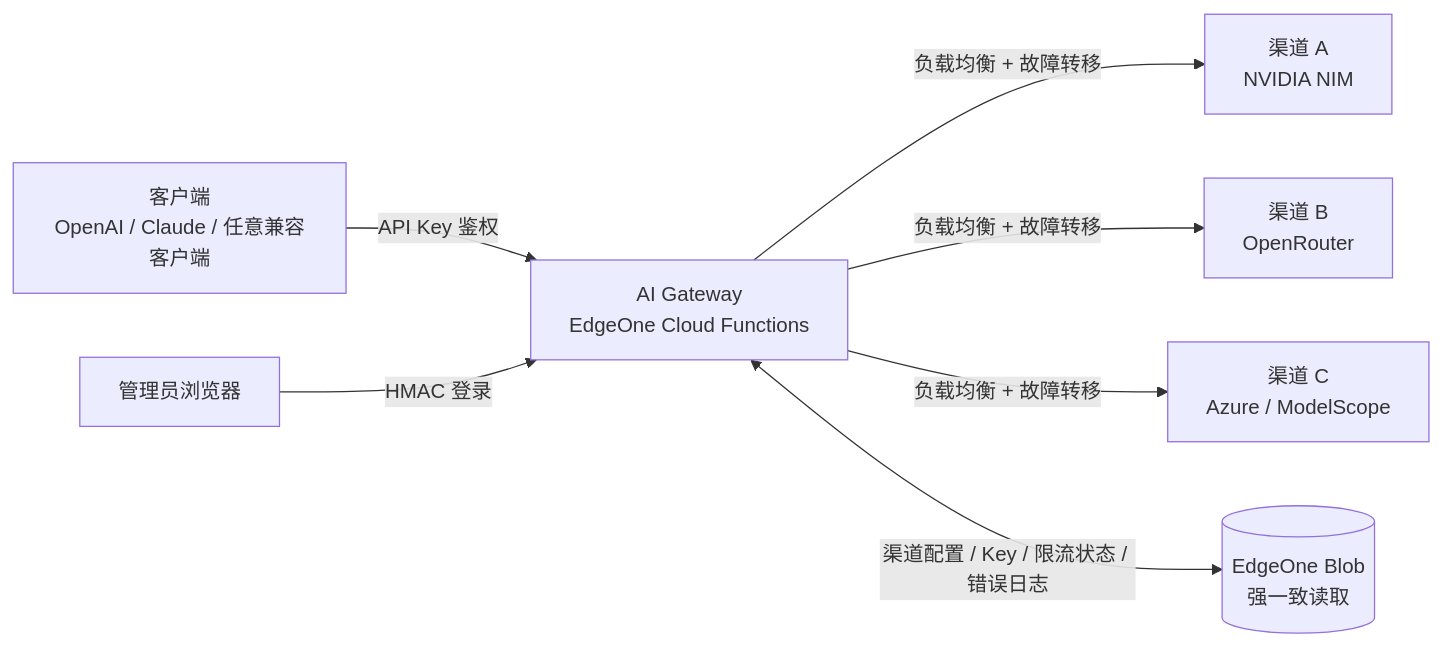
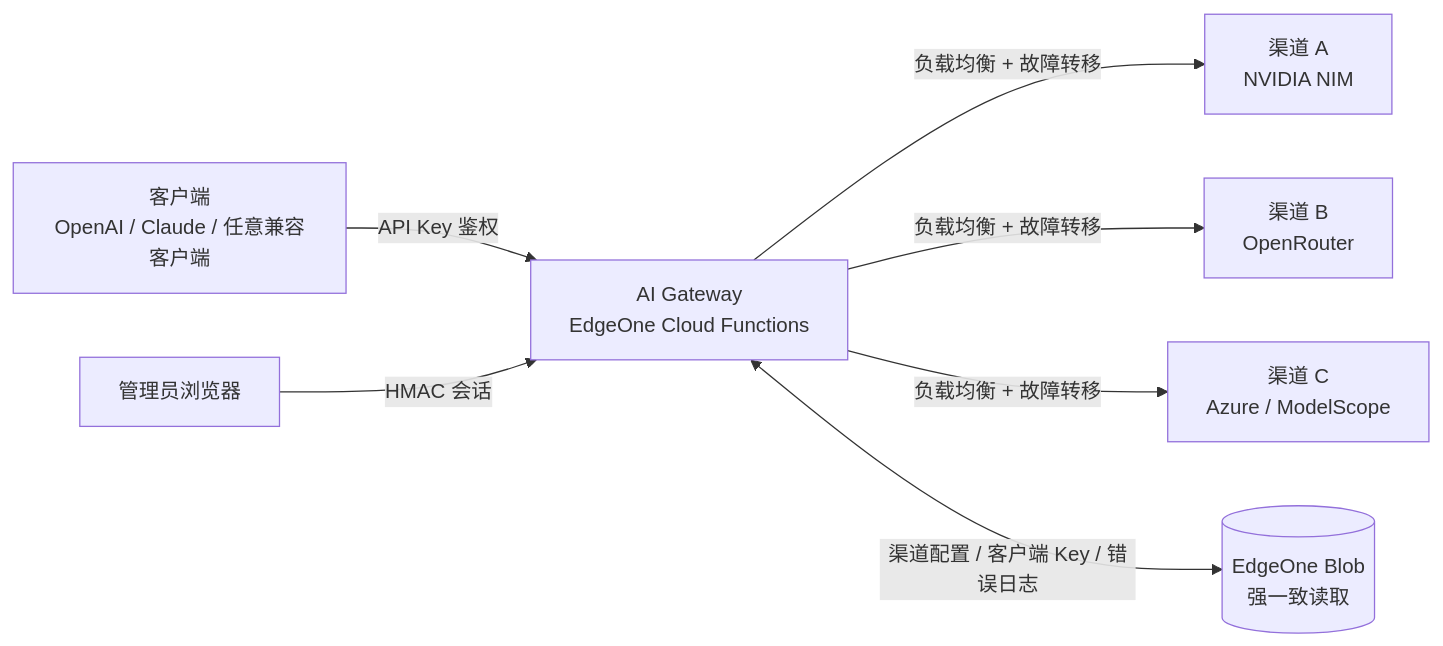
Before and after one commit to mxlitey/ai-gateway: the diagram in README.md, drawn with Mermaid. The commit also changed other lines of this file and 14 other files, not shown here.

````diff
--- a/README.md
+++ b/README.md
@@ -42,9 +45,9 @@
 ```mermaid
 flowchart LR
     Client[客户端<br/>OpenAI / Claude / 任意兼容客户端] -->|API Key 鉴权| GW[AI Gateway<br/>EdgeOne Cloud Functions]
-    Admin[管理员浏览器] -->|HMAC 登录| GW
+    Admin[管理员浏览器] -->|HMAC 会话| GW
     GW -->|负载均衡 + 故障转移| C1[渠道 A<br/>NVIDIA NIM]
     GW -->|负载均衡 + 故障转移| C2[渠道 B<br/>OpenRouter]
     GW -->|负载均衡 + 故障转移| C3[渠道 C<br/>Azure / ModelScope]
-    GW <-->|渠道配置 / Key / 限流状态 / 错误日志| Store[(EdgeOne Blob<br/>强一致读取)]
+    GW <-->|渠道配置 / 客户端 Key / 错误日志| Store[(EdgeOne Blob<br/>强一致读取)]
 ```
````
